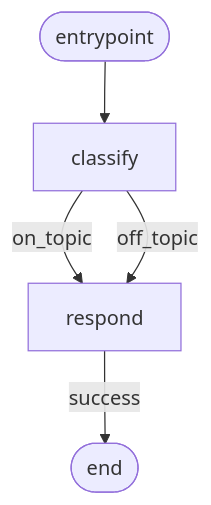
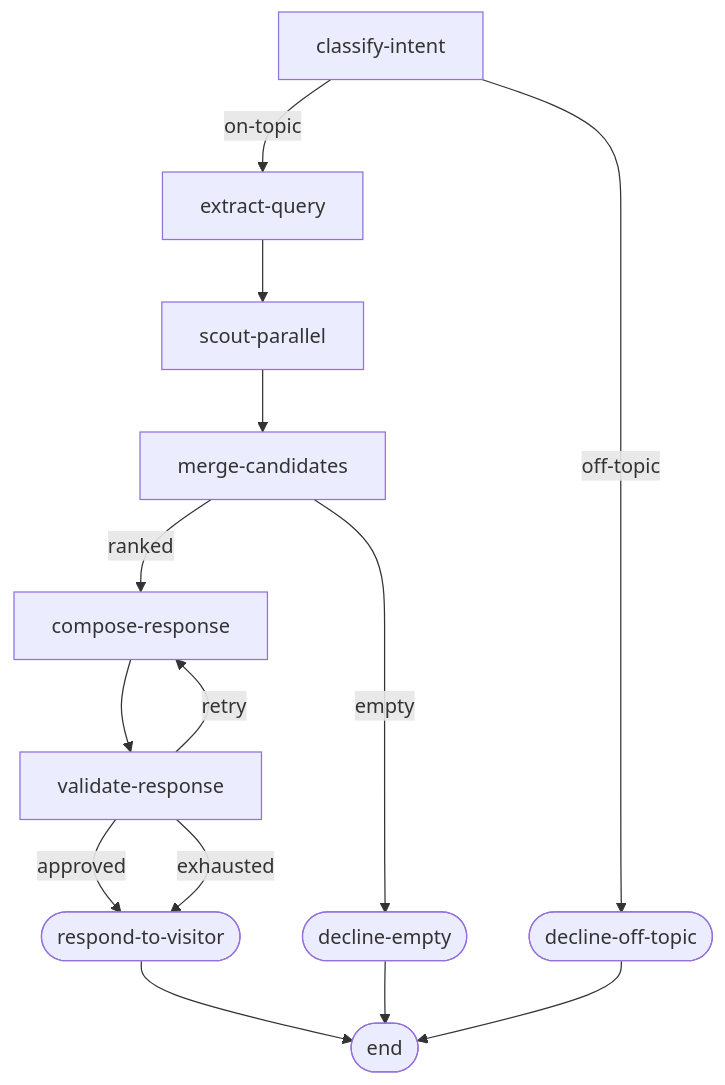
The diagram in docs/examples/06-builder.md (Studnicky/Dagonizer), drawn with Mermaid before and after one commit. The commit also changed other lines of this file and 112 other files, not shown here.

````diff
--- a/docs/examples/06-builder.md
+++ b/docs/examples/06-builder.md
@@ -7,11 +12,26 @@
 ```mermaid
 flowchart TB
-  start([entrypoint])
-  classify[classify]
-  respond[respond]
+  classify[classify-intent]
+  extract[extract-query]
+  scout[scout-parallel]
+  merge[merge-candidates]
+  compose[compose-response]
+  validate[validate-response]
+  respond([respond-to-visitor])
+  declineOff([decline-off-topic])
+  declineEmpty([decline-empty])
   END([end])
-  start --> classify
-  classify -->|on_topic| respond
-  classify -->|off_topic| respond
-  respond -->|success| END
+  classify -->|on-topic| extract
+  classify -->|off-topic| declineOff
+  extract --> scout
+  scout --> merge
+  merge -->|ranked| compose
+  merge -->|empty| declineEmpty
+  compose --> validate
+  validate -->|approved| respond
+  validate -->|retry| compose
+  validate -->|exhausted| respond
+  respond --> END
+  declineOff --> END
+  declineEmpty --> END
 ```
````
